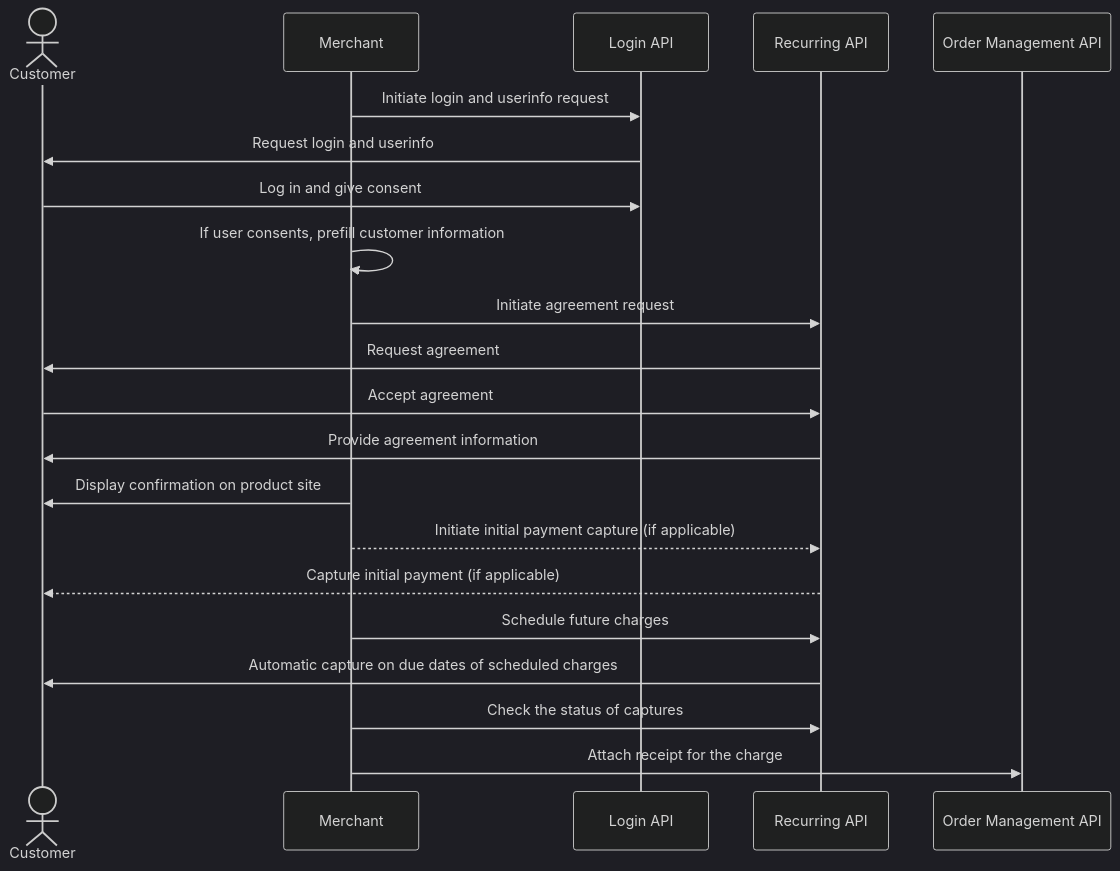
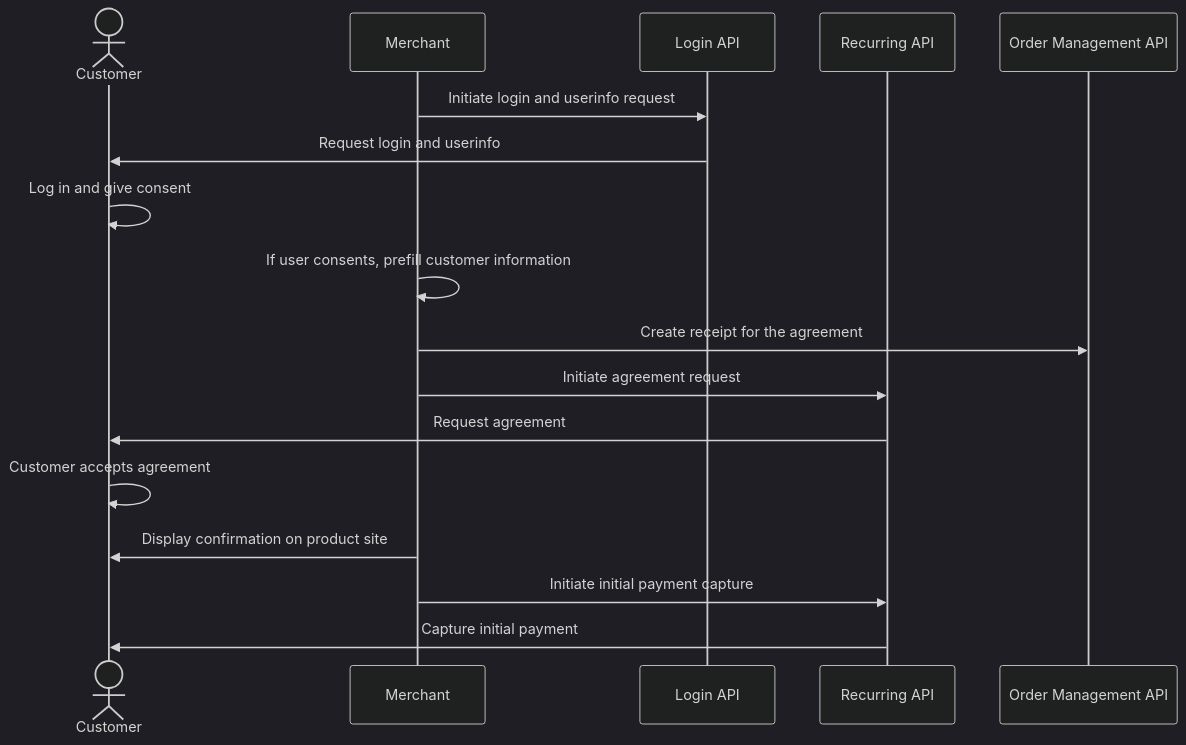
Before and after one commit to vippsas/vipps-solutions: the first of 2 diagrams in recurring-and-login/README.md, drawn with Mermaid (dark theme). The commit also changed other lines of this file and 22 other files, not shown here.

First line of the commit message:
Provide unique examples. Add receipt in payment request when possible. (#86)

````diff
--- a/recurring-and-login/README.md
+++ b/recurring-and-login/README.md
@@ -118,24 +234,20 @@
 ``` mermaid
 sequenceDiagram
     actor C as Customer
     participant M as Merchant
     participant Login as Login API
     participant Recurring as Recurring API
     participant ordermanagement as Order Management API
 
     M->>Login: Initiate login and userinfo request
     Login->>C: Request login and userinfo
-    C->>Login: Log in and give consent
+    C->>C: Log in and give consent
     M->>M: If user consents, prefill customer information
+    M->> ordermanagement: Create receipt for the agreement
     M->>Recurring: Initiate agreement request
     Recurring->>C: Request agreement
-    C->>Recurring: Accept agreement
-    Recurring->>C: Provide agreement information
+    C->>C: Customer accepts agreement
     M->>C: Display confirmation on product site
-    M-->>Recurring: Initiate initial payment capture (if applicable)
-    Recurring-->>C: Capture initial payment (if applicable)
-    M->>Recurring: Schedule future charges
-    Recurring->>C: Automatic capture on due dates of scheduled charges
-    M->>Recurring: Check the status of captures
-    M->> ordermanagement: Attach receipt for the charge
+    M->>Recurring: Initiate initial payment capture
+    Recurring->>C: Capture initial payment
 ```
````
